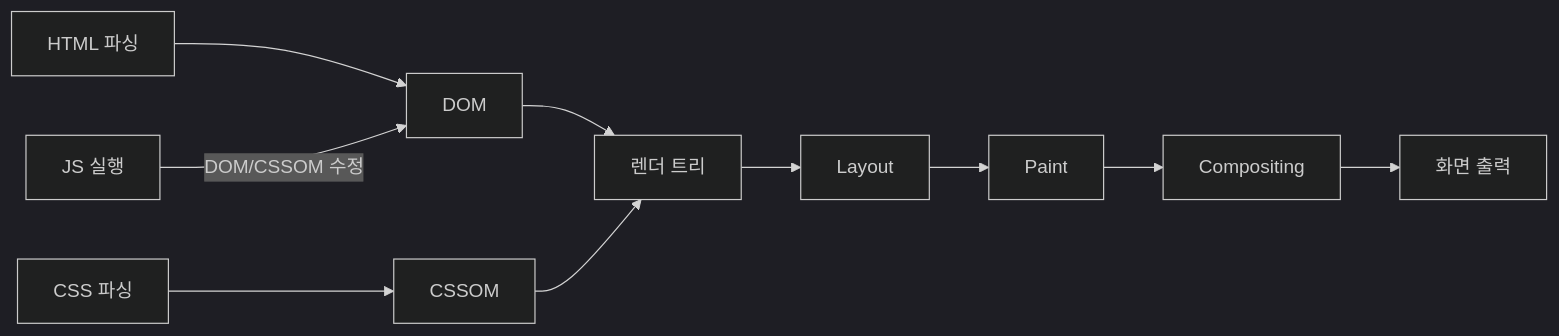
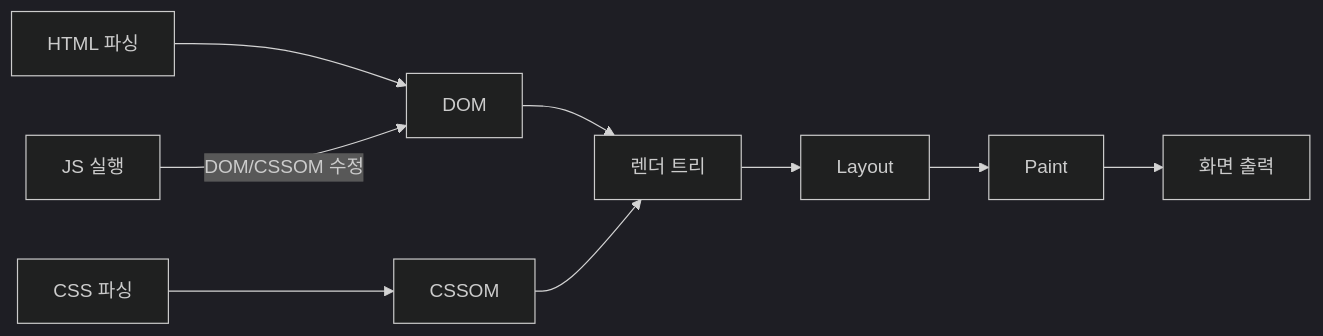
The first of 10 diagrams in _posts/frontend/2026-05-02-browser-rendering.md (yjkim2015/yjkim2015.github.io), drawn with Mermaid (dark theme) before and after one commit. The commit also changed 155 other files, not shown here.

First line of the commit message:
Mermaid 전면 수정: subgraph 제거, participant/노드/줄수 축소 (342블록)

````diff
--- a/_posts/frontend/2026-05-02-browser-rendering.md
+++ b/_posts/frontend/2026-05-02-browser-rendering.md
@@ -29,12 +29,10 @@
 ```mermaid
 flowchart LR
     HTML["HTML 파싱"] --> DOM["DOM"]
     CSS["CSS 파싱"] --> CSSOM["CSSOM"]
-    DOM --> RT["렌더 트리"]
-    CSSOM --> RT
+    DOM & CSSOM --> RT["렌더 트리"]
     RT --> L["Layout"]
     L --> P["Paint"]
-    P --> C["Compositing"]
-    C --> SCREEN["화면 출력"]
+    P --> SCREEN["화면 출력"]
     JS["JS 실행"] -->|"DOM/CSSOM 수정"| DOM
 ```
````
